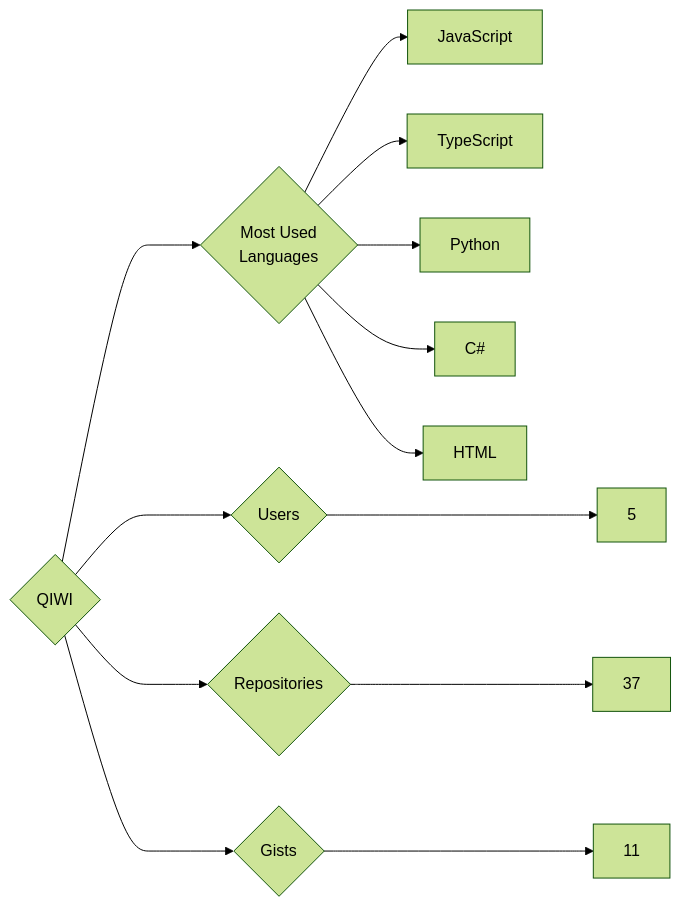
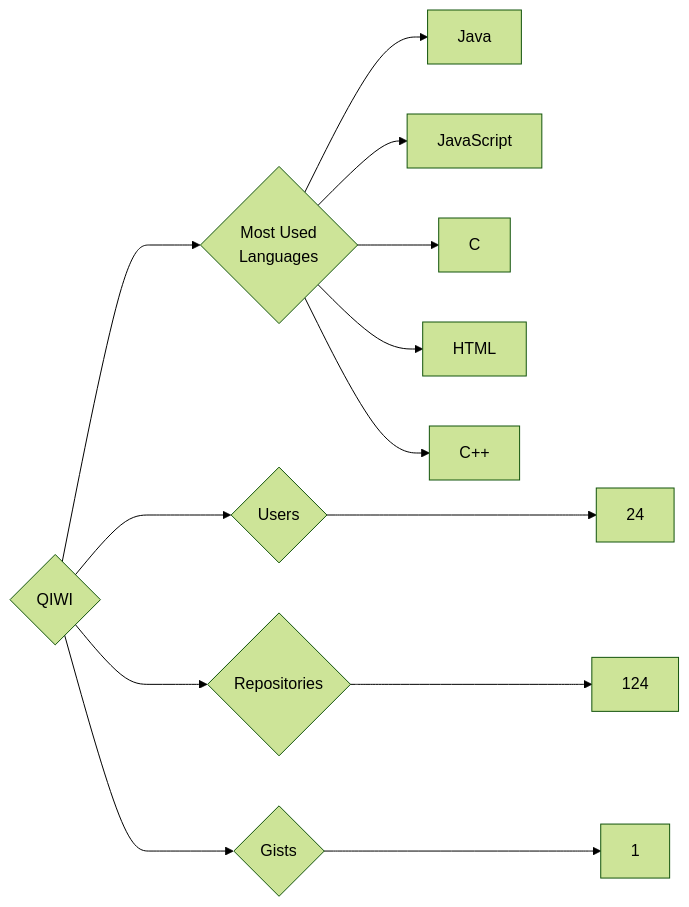
The diagram in targets/QIWI/README.md (trickest/insiders), drawn with Mermaid (forest theme) before and after one commit. The commit also changed 597 other files, not shown here.

````diff
--- a/targets/QIWI/README.md
+++ b/targets/QIWI/README.md
@@ -3,13 +3,13 @@
 ```mermaid
 graph LR
 COMPANY_NAME{QIWI}
-COMPANY_NAME ---> U{Users} ---> UN[5]
-COMPANY_NAME ---> R{Repositories} ---> RN[37]
-COMPANY_NAME ---> G{Gists} ---> GN[11]
+COMPANY_NAME ---> U{Users} ---> UN[24]
+COMPANY_NAME ---> R{Repositories} ---> RN[124]
+COMPANY_NAME ---> G{Gists} ---> GN[1]
 COMPANY_NAME ---> ML{Most Used<br>Languages}
+ML --> Java[Java]
 ML --> JavaScript[JavaScript]
-ML --> TypeScript[TypeScript]
-ML --> Python[Python]
-ML --> C#[C#]
+ML --> C[C]
 ML --> HTML[HTML]
+ML --> C++[C++]
 ```
````
